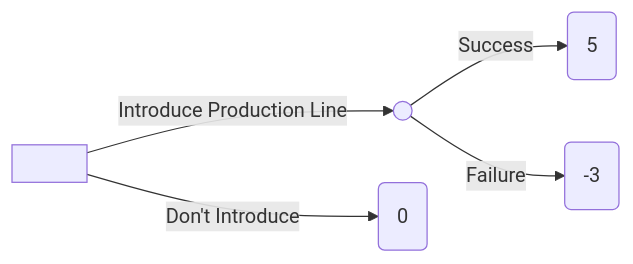
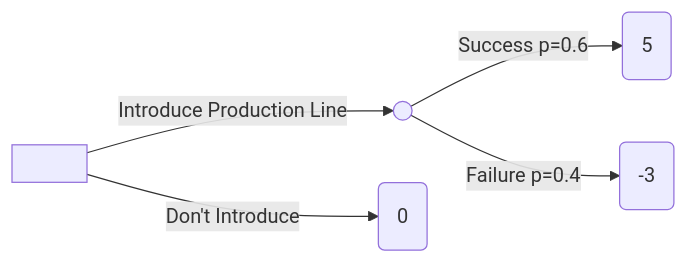
One commit to jagelves/DecisionModeling changed the first of 2 diagrams in Decisions.qmd. Above: the diagram before and after it, drawn with Mermaid. The commit also changed other lines of this file and 13 other files, not shown here.

````diff
--- a/Decisions.qmd
+++ b/Decisions.qmd
@@ -42,8 +40,8 @@
 ```{mermaid theme=darkly}
 %%| fig-width: 5
 graph LR
     A[ ] -->|Introduce Production Line| C(( )) 
     A[ ] -->|Don't Introduce| B( 0 )
-    C -->|Success| D( 5 )
-    C -->|Failure| E( -3 )
+    C -->|Success p=0.6| D( 5 )
+    C -->|Failure p=0.4| E( -3 )
 ```
````
